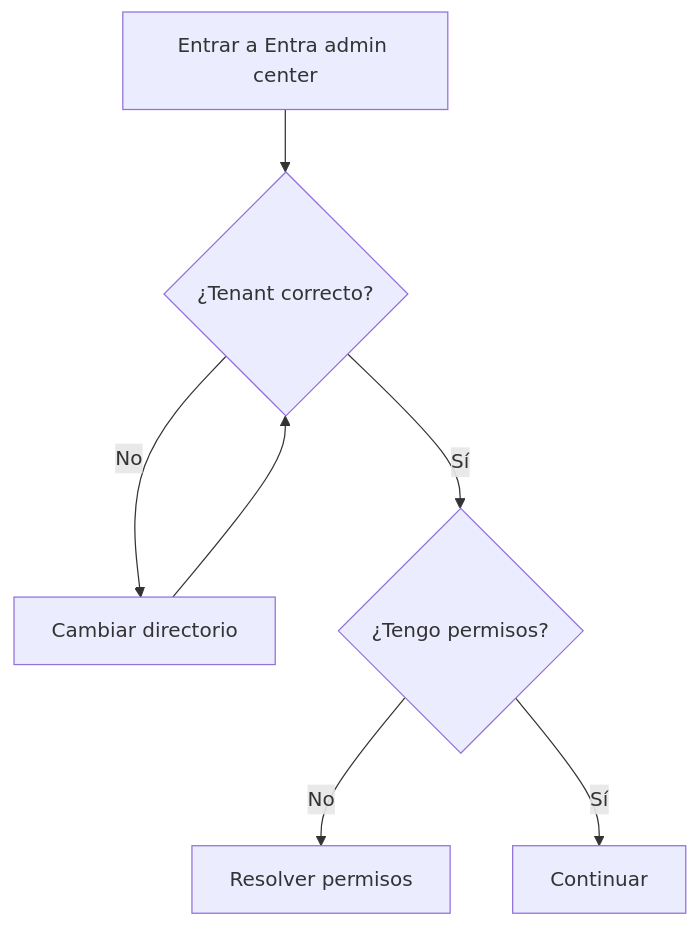
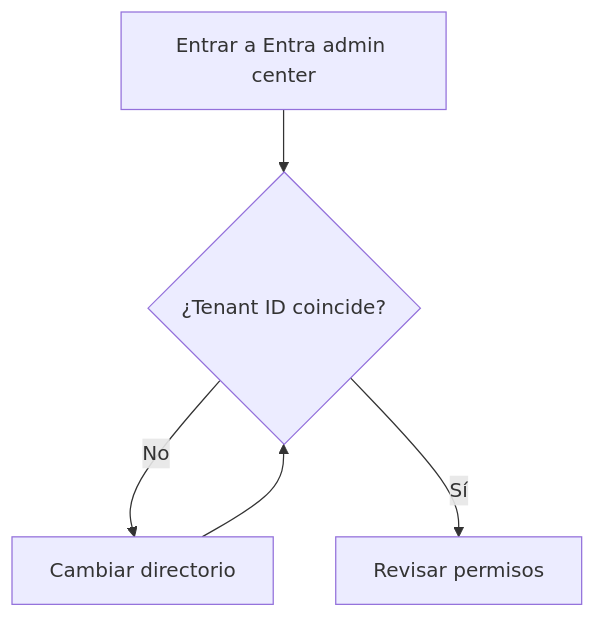
Before and after one commit to cmartinezs/DSY1107-DESARROLLO-CLOUD-NATIVE-I-2026-2: the third of 5 diagrams in docs/identity/entra-guia-completa/04b-self-service-habilitar-tenant.md, drawn with Mermaid. The commit also changed other lines of this file, not shown here.

Commit message:
docs(identity): expand self-service tenant enablement and permission diagnostics

````diff
--- a/docs/identity/entra-guia-completa/04b-self-service-habilitar-tenant.md
+++ b/docs/identity/entra-guia-completa/04b-self-service-habilitar-tenant.md
@@ -22,9 +71,7 @@
 ```mermaid
 flowchart TD
-    LOGIN[Entrar a Entra admin center] --> DIR{¿Tenant correcto?}
+    LOGIN[Entrar a Entra admin center] --> DIR{¿Tenant ID coincide?}
     DIR -- No --> SWITCH[Cambiar directorio]
     SWITCH --> DIR
-    DIR -- Sí --> PERM{¿Tengo permisos?}
-    PERM -- No --> STOP[Resolver permisos]
-    PERM -- Sí --> CONFIG[Continuar]
+    DIR -- Sí --> PERM[Revisar permisos]
 ```
````
